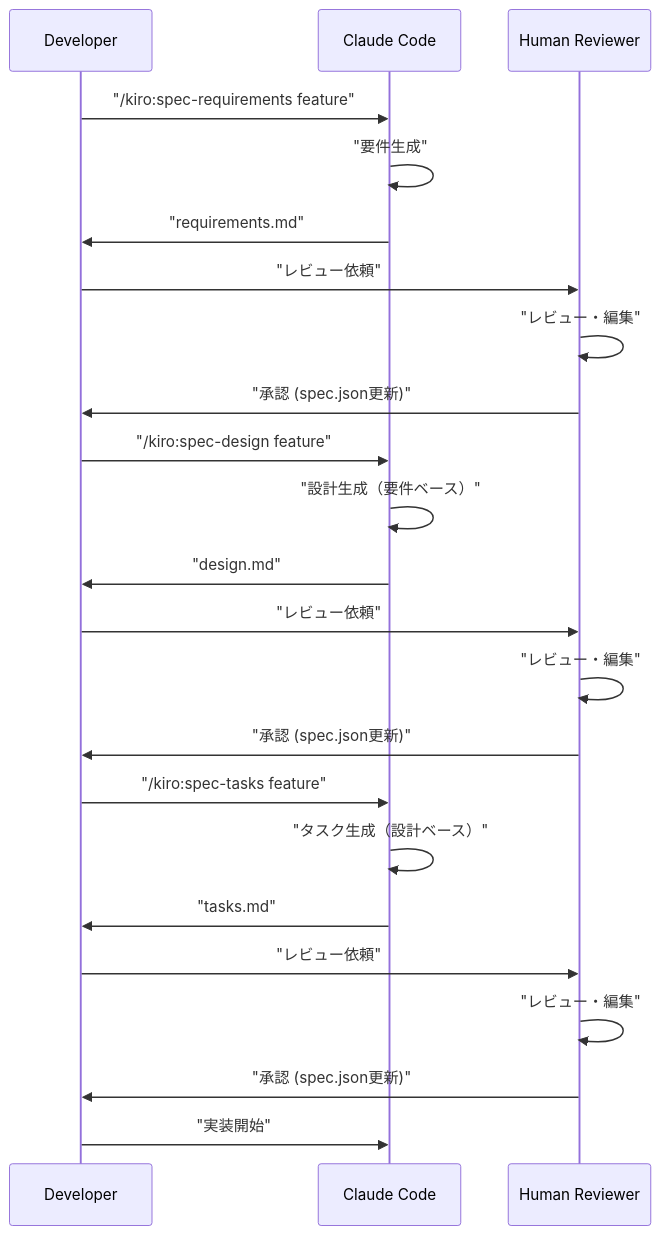
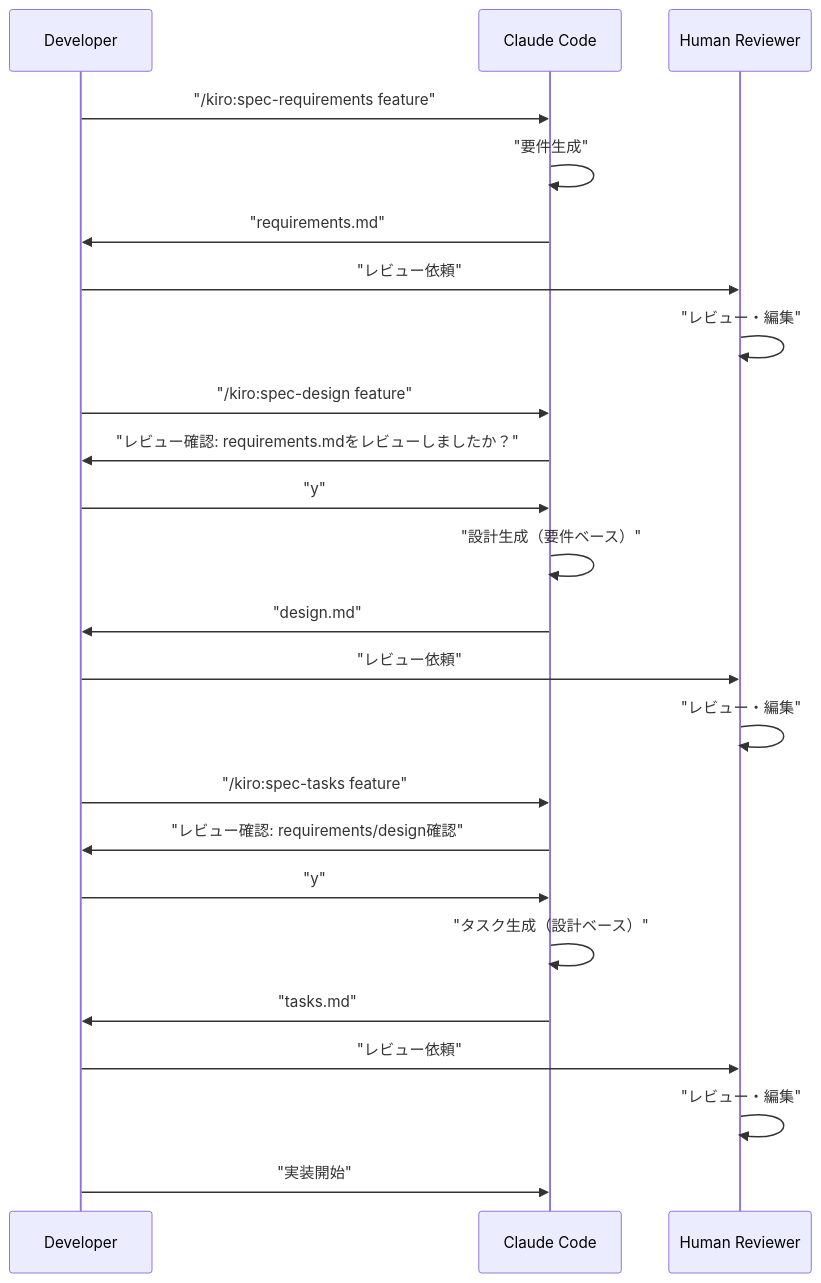
Before and after one commit to yi-john-huang/amazonq-spec: the second of 2 diagrams in README.md, drawn with Mermaid. The commit also changed other lines of this file and 15 other files, not shown here.

````diff
--- a/README.md
+++ b/README.md
@@ -223,29 +214,30 @@
 ```mermaid
 sequenceDiagram
     participant D as Developer
     participant C as Claude Code
     participant H as Human Reviewer
     
     D->>C: "/kiro:spec-requirements feature"
     C->>C: "要件生成"
     C->>D: "requirements.md"
     D->>H: "レビュー依頼"
     H->>H: "レビュー・編集"
-    H->>D: "承認 (spec.json更新)"
     
     D->>C: "/kiro:spec-design feature"
+    C->>D: "レビュー確認: requirements.mdをレビューしましたか？"
+    D->>C: "y"
     C->>C: "設計生成（要件ベース）"
     C->>D: "design.md"
     D->>H: "レビュー依頼"
     H->>H: "レビュー・編集"
-    H->>D: "承認 (spec.json更新)"
     
     D->>C: "/kiro:spec-tasks feature"
+    C->>D: "レビュー確認: requirements/design確認"
+    D->>C: "y"
     C->>C: "タスク生成（設計ベース）"
     C->>D: "tasks.md"
     D->>H: "レビュー依頼"
     H->>H: "レビュー・編集"
-    H->>D: "承認 (spec.json更新)"
     
     D->>C: "実装開始"
 ```
````
